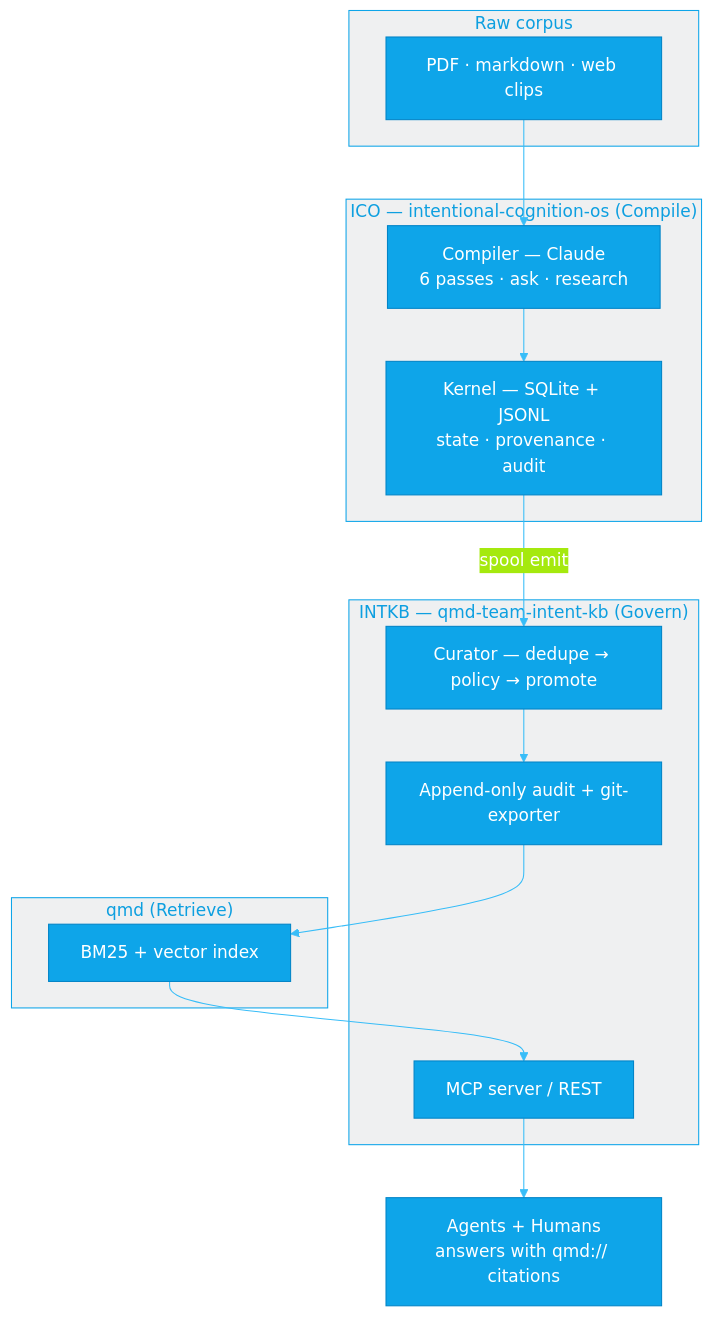
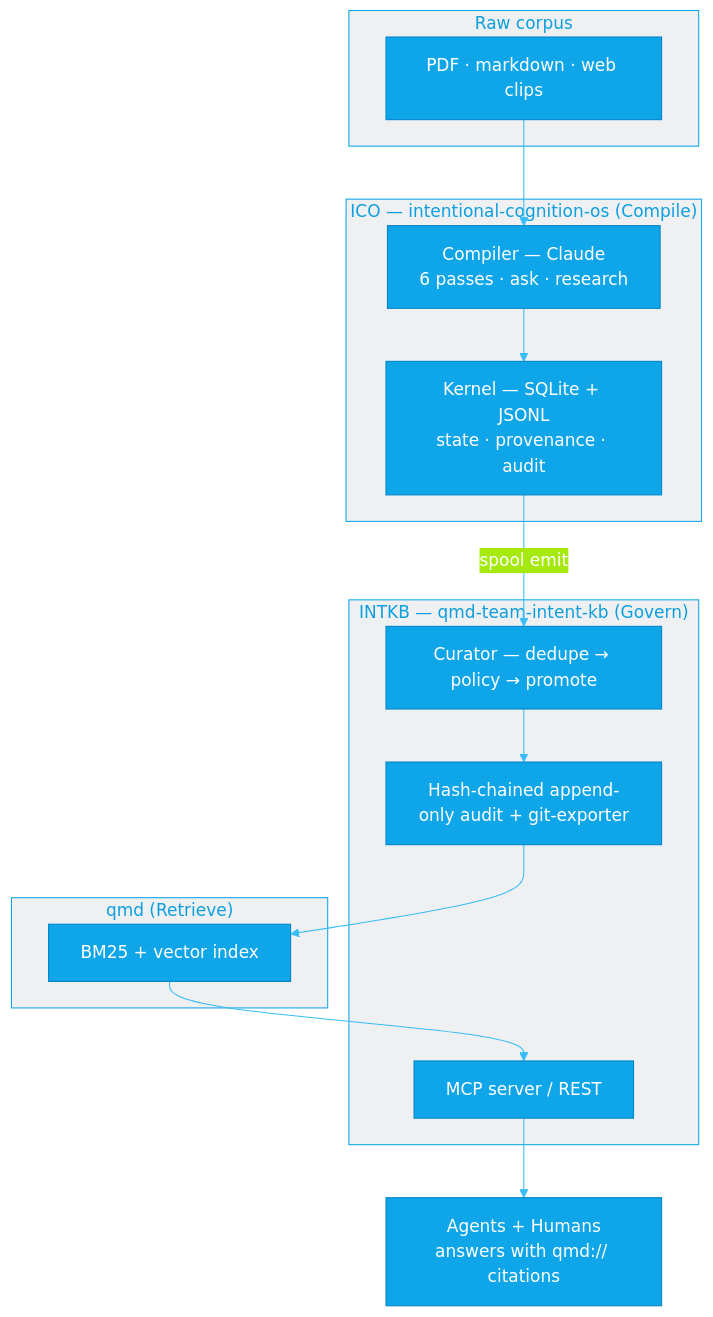
The third of 3 diagrams in README.md (intent-solutions-io/governed-second-brain), drawn with Mermaid before and after one commit. The commit also changed other lines of this file and 2 other files, not shown here.

````diff
--- a/README.md
+++ b/README.md
@@ -139,25 +139,25 @@
 ```mermaid
 %%{init: {'theme':'base','themeVariables':{
   'primaryColor':'#0ea5e9','primaryBorderColor':'#0284c7','primaryTextColor':'#ffffff',
   'lineColor':'#38bdf8','clusterBkg':'#0c192910','clusterBorder':'#0ea5e9'}}}%%
 flowchart TB
     subgraph SRC["Raw corpus"]
         D["PDF · markdown · web clips"]
     end
     subgraph ICO["ICO — intentional-cognition-os (Compile)"]
         K["Kernel — SQLite + JSONL<br/>state · provenance · audit"]
         C["Compiler — Claude<br/>6 passes · ask · research"]
     end
     subgraph KB["INTKB — qmd-team-intent-kb (Govern)"]
         CUR["Curator — dedupe → policy → promote"]
-        AUD["Append-only audit + git-exporter"]
+        AUD["Hash-chained append-only audit + git-exporter"]
         MCP["MCP server / REST"]
     end
     subgraph QMD["qmd (Retrieve)"]
         IDX["BM25 + vector index"]
     end
     D --> C --> K
     K -->|spool emit| CUR
     CUR --> AUD --> IDX
     IDX --> MCP --> Out["Agents + Humans<br/>answers with qmd:// citations"]
 ```
````
